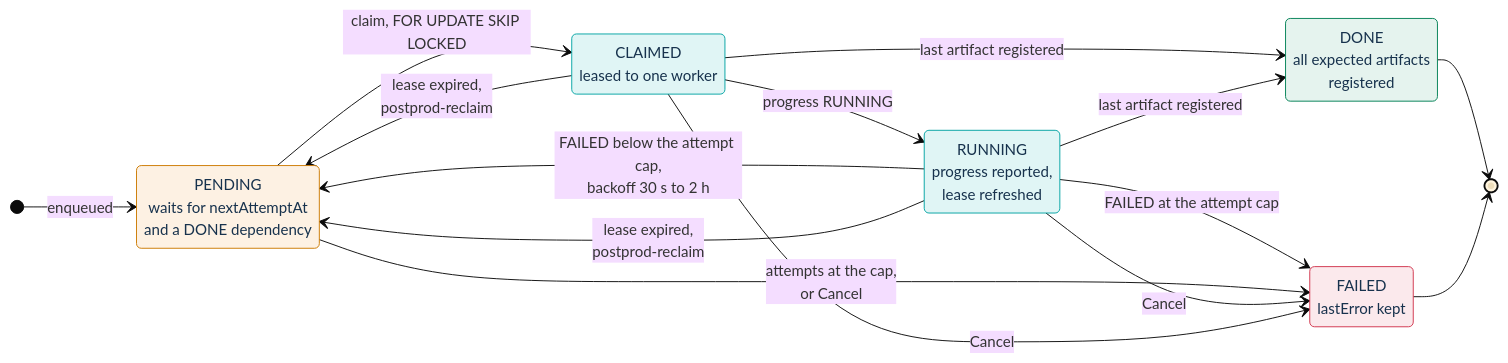
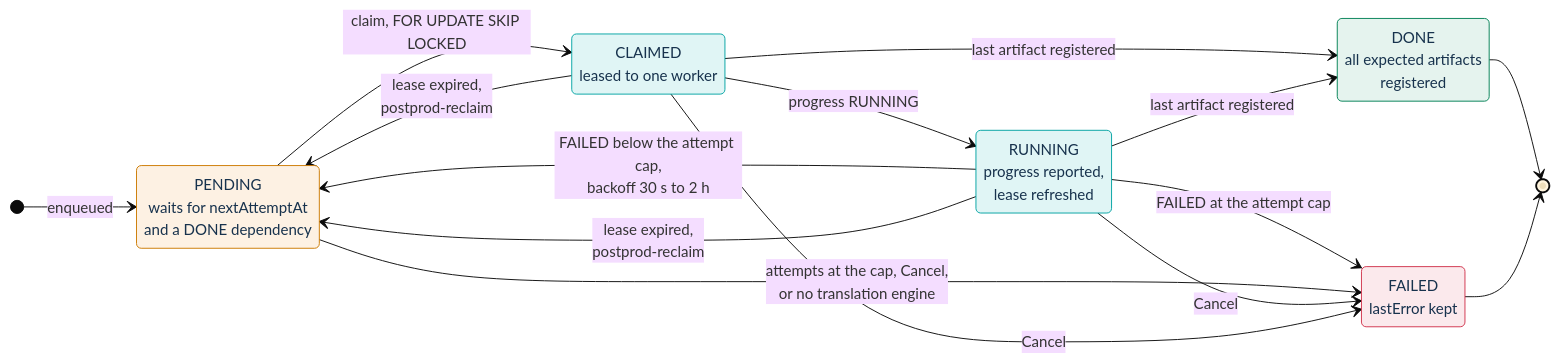
One commit to italia/pa-webinar changed the third of 5 diagrams in docs/POSTPROD.md. Above: the diagram before and after it, drawn with Mermaid (base theme). The commit also changed other lines of this file and 38 other files, not shown here.

````diff
--- a/docs/POSTPROD.md
+++ b/docs/POSTPROD.md
@@ -314,33 +314,33 @@
 ```mermaid
 stateDiagram-v2
     direction LR
     state "PENDING<br/>waits for nextAttemptAt<br/>and a DONE dependency" as PENDING
     state "CLAIMED<br/>leased to one worker" as CLAIMED
     state "RUNNING<br/>progress reported,<br/>lease refreshed" as RUNNING
     state "DONE<br/>all expected artifacts<br/>registered" as DONE
     state "FAILED<br/>lastError kept" as FAILED
 
     [*] --> PENDING: enqueued
     PENDING --> CLAIMED: claim, FOR UPDATE SKIP LOCKED
     CLAIMED --> RUNNING: progress RUNNING
     CLAIMED --> DONE: last artifact registered
     RUNNING --> DONE: last artifact registered
     RUNNING --> PENDING: FAILED below the attempt cap,<br/>backoff 30 s to 2 h
     RUNNING --> PENDING: lease expired,<br/>postprod-reclaim
     CLAIMED --> PENDING: lease expired,<br/>postprod-reclaim
     RUNNING --> FAILED: FAILED at the attempt cap
-    PENDING --> FAILED: attempts at the cap,<br/>or Cancel
+    PENDING --> FAILED: attempts at the cap, Cancel,<br/>or no translation engine
     RUNNING --> FAILED: Cancel
     CLAIMED --> FAILED: Cancel
     DONE --> [*]
     FAILED --> [*]
 
     classDef queued fill:#FDF1E3,stroke:#CC7A00,color:#17324D
     classDef leased fill:#E0F5F5,stroke:#00A3A3,color:#17324D
     classDef data fill:#E5F3EE,stroke:#008055,color:#17324D
     classDef risk fill:#FBE9EC,stroke:#D1344C,color:#17324D
     class PENDING queued
     class CLAIMED,RUNNING leased
     class DONE data
     class FAILED risk
 ```
````
